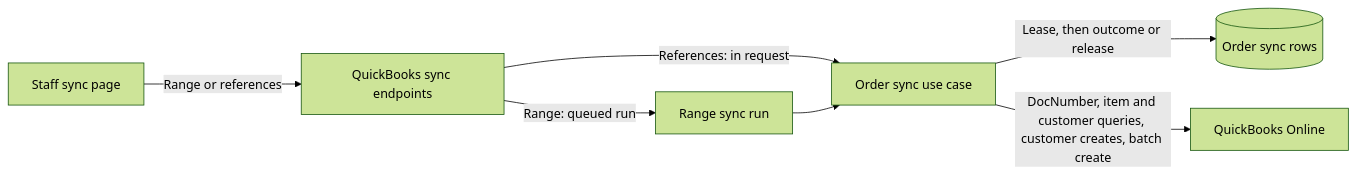
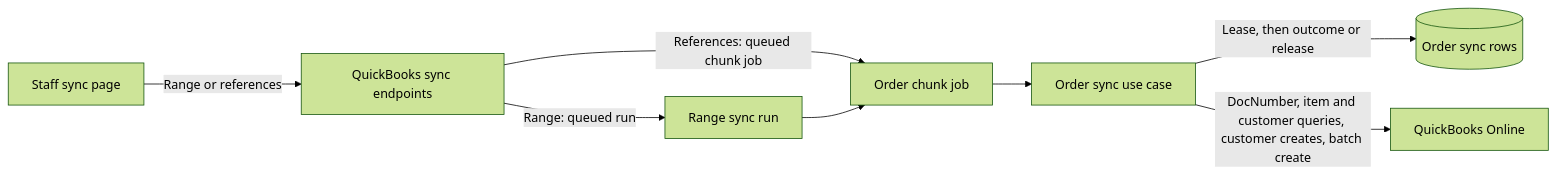
The seventh of 8 diagrams in docs/architecture-overview.md (alzproducts/alz-core), drawn with Mermaid (forest theme) before and after one commit. The commit also changed 10 other files, not shown here.

Commit message:
feat(quickbooks): queue reference syncs on the shared chunk job (#1211)

````diff
--- a/docs/architecture-overview.md
+++ b/docs/architecture-overview.md
@@ -206,9 +206,10 @@
 ```mermaid
 flowchart LR
     STAFF["Staff sync page"] -->|"Range or references"| QAPI["QuickBooks sync endpoints"]
     QAPI -->|"Range: queued run"| QRUN["Range sync run"]
-    QAPI -->|"References: in request"| QUC["Order sync use case"]
-    QRUN --> QUC
+    QAPI -->|"References: queued chunk job"| QJOB["Order chunk job"]
+    QRUN --> QJOB
+    QJOB --> QUC["Order sync use case"]
     QUC -->|"Lease, then outcome or release"| QROWS[("Order sync rows")]
     QUC -->|"DocNumber, item and customer queries, customer creates, batch create"| QBO["QuickBooks Online"]
 ```
````
